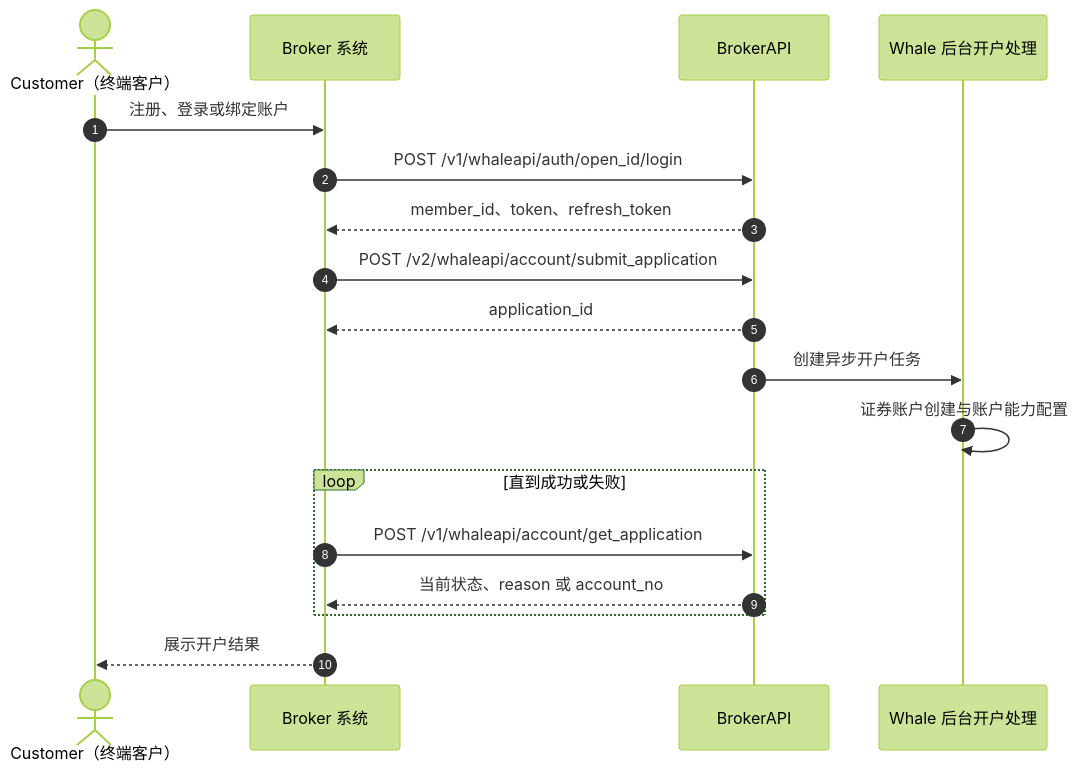
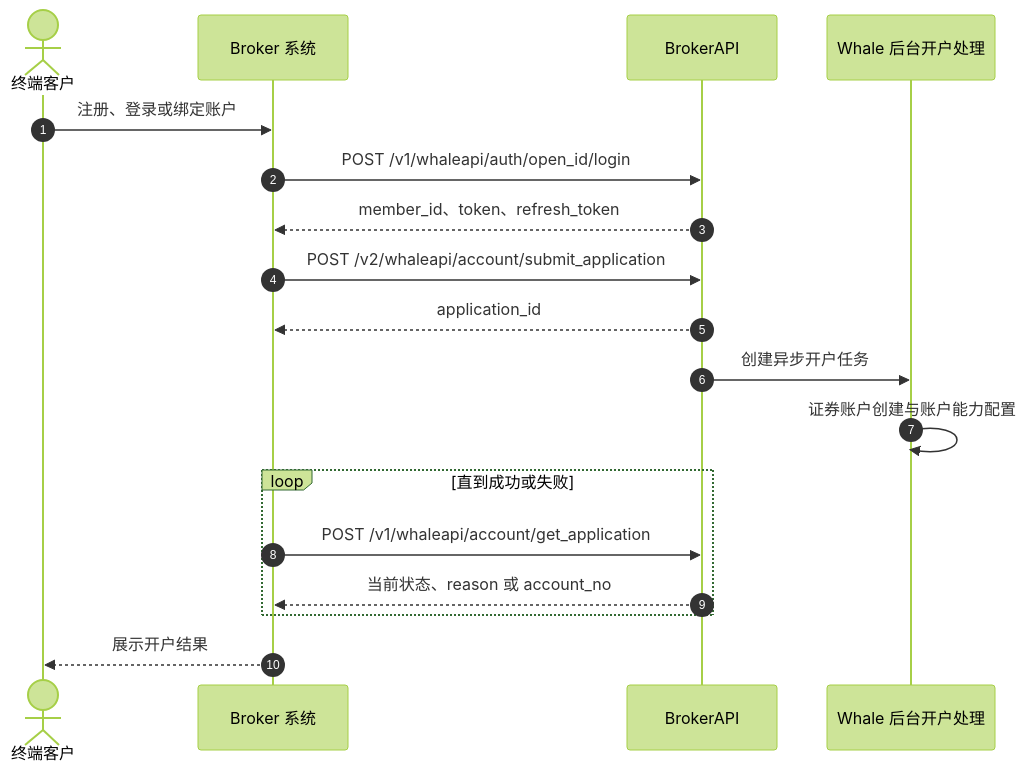
One commit to longbridge/whale-docs changed the first of 2 diagrams in docs/zh-CN/docs/account-opening.mdx. Above: the diagram before and after it, drawn with Mermaid (forest theme). The commit also changed other lines of this file and 72 other files, not shown here.

````diff
--- a/docs/zh-CN/docs/account-opening.mdx
+++ b/docs/zh-CN/docs/account-opening.mdx
@@ -62,20 +62,20 @@
 ```mermaid
 sequenceDiagram
     autonumber
-    actor Customer as Customer（终端客户）
+    actor 客户 as 终端客户
     participant Broker as Broker 系统
     participant API as BrokerAPI
     participant Ops as Whale 后台开户处理
-    Customer->>Broker: 注册、登录或绑定账户
+    客户->>Broker: 注册、登录或绑定账户
     Broker->>API: POST /v1/whaleapi/auth/open_id/login
     API-->>Broker: member_id、token、refresh_token
     Broker->>API: POST /v2/whaleapi/account/submit_application
     API-->>Broker: application_id
     API->>Ops: 创建异步开户任务
     Ops->>Ops: 证券账户创建与账户能力配置
     loop 直到成功或失败
         Broker->>API: POST /v1/whaleapi/account/get_application
         API-->>Broker: 当前状态、reason 或 account_no
     end
-    Broker-->>Customer: 展示开户结果
+    Broker-->>客户: 展示开户结果
 ```
````
